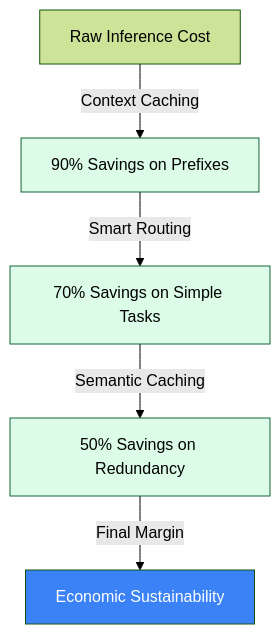
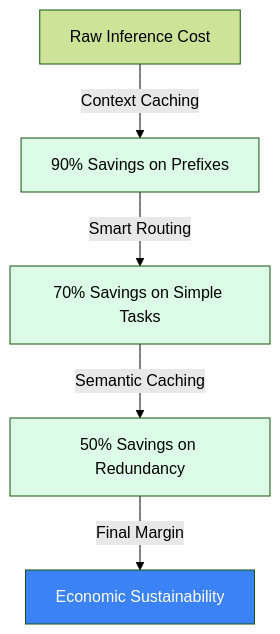
Before and after one commit to enriquekalven/agent-cockpit: the diagram in public/TECHNICAL_FINOPS_GUIDE.md, drawn with Mermaid (forest theme). The commit also changed other lines of this file and 24 other files, not shown here.

````diff
--- a/public/TECHNICAL_FINOPS_GUIDE.md
+++ b/public/TECHNICAL_FINOPS_GUIDE.md
@@ -102,11 +102,11 @@
 ```mermaid
 graph TD
     Raw[Raw Inference Cost] -->|Context Caching| C1[90% Savings on Prefixes]
     C1 -->|Smart Routing| C2[70% Savings on Simple Tasks]
     C2 -->|Semantic Caching| C3[50% Savings on Redundancy]
     C3 -->|Final Margin| Profit[Economic Sustainability]
-    style C1 fill:#dcfce7,stroke:#166534
-    style C2 fill:#dcfce7,stroke:#166534
-    style C3 fill:#dcfce7,stroke:#166534
+    style C1 fill:#dcfce7,stroke:#1.6.44
+    style C2 fill:#dcfce7,stroke:#1.6.44
+    style C3 fill:#dcfce7,stroke:#1.6.44
     style Profit border:double,fill:#3b82f6,color:#fff
 ```
````
